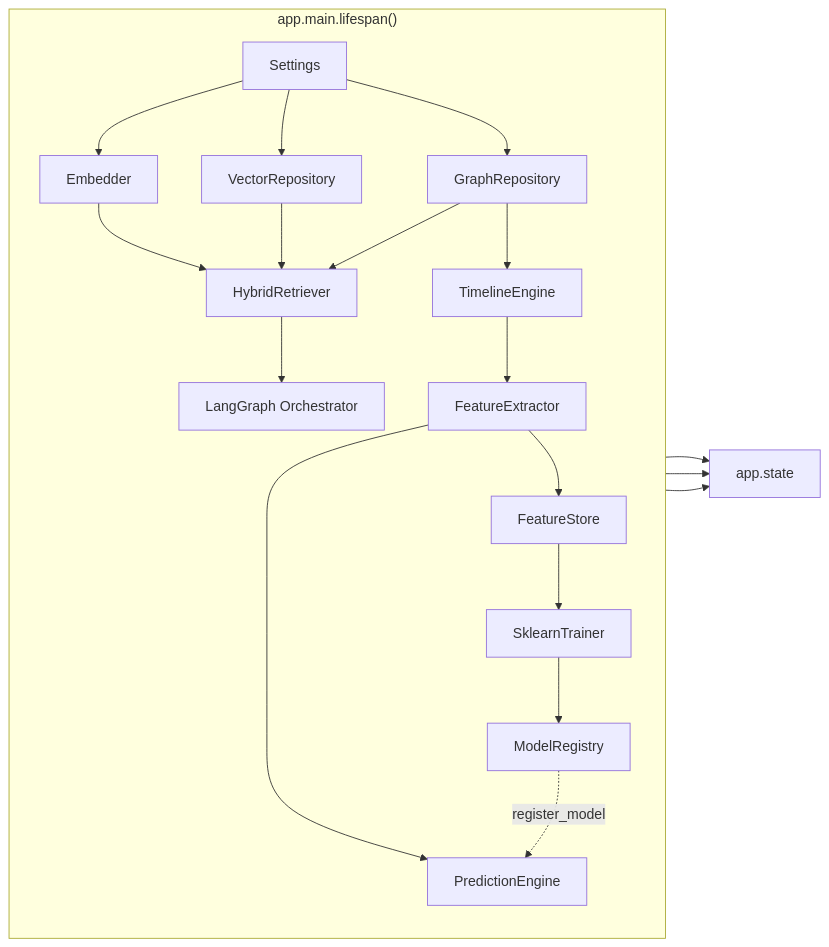
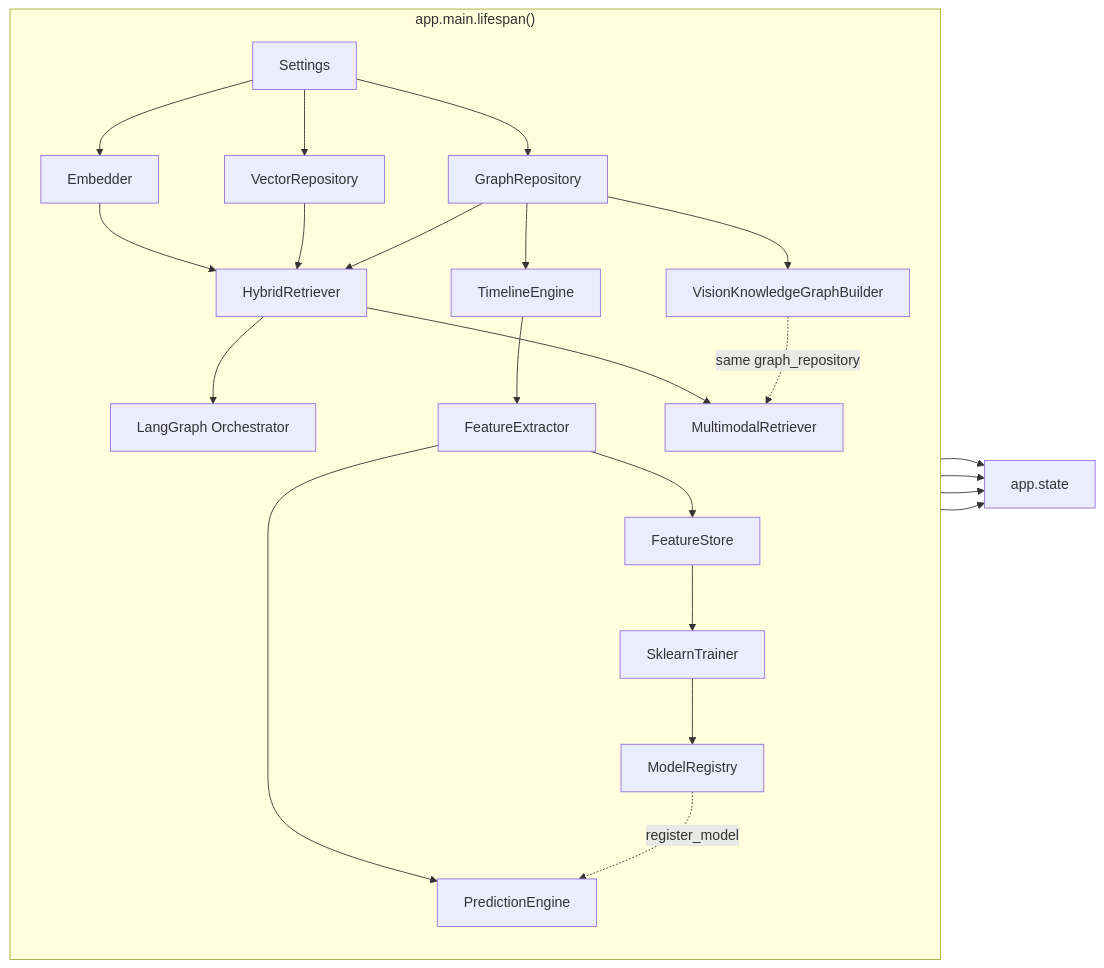
The third of 3 diagrams in docs/architecture/system-overview.md (NisirBage/industrial-knowledge-os), drawn with Mermaid before and after one commit. The commit also changed other lines of this file and 124 other files, not shown here.

Commit message:
feat: complete M9 Industrial Graph Intelligence Platform

````diff
--- a/docs/architecture/system-overview.md
+++ b/docs/architecture/system-overview.md
@@ -65,21 +73,25 @@
 ```mermaid
 flowchart LR
     subgraph "app.main.lifespan()"
         direction TB
         S[Settings] --> EMB[Embedder]
         S --> VEC[VectorRepository]
         S --> GRAPH[GraphRepository]
         EMB & VEC & GRAPH --> RET[HybridRetriever]
         RET --> ORCH[LangGraph Orchestrator]
         GRAPH --> TL[TimelineEngine]
         TL --> FEAT[FeatureExtractor]
         FEAT --> PRED[PredictionEngine]
         FEAT --> FS[FeatureStore]
         FS --> TRAIN[SklearnTrainer]
         TRAIN --> REG[ModelRegistry]
         REG -.register_model.-> PRED
+        GRAPH --> VKG[VisionKnowledgeGraphBuilder]
+        RET --> MMR[MultimodalRetriever]
+        VKG -.same graph_repository.-> MMR
     end
     ORCH --> STATE[app.state]
     PRED --> STATE
     REG --> STATE
+    MMR --> STATE
 ```
````
